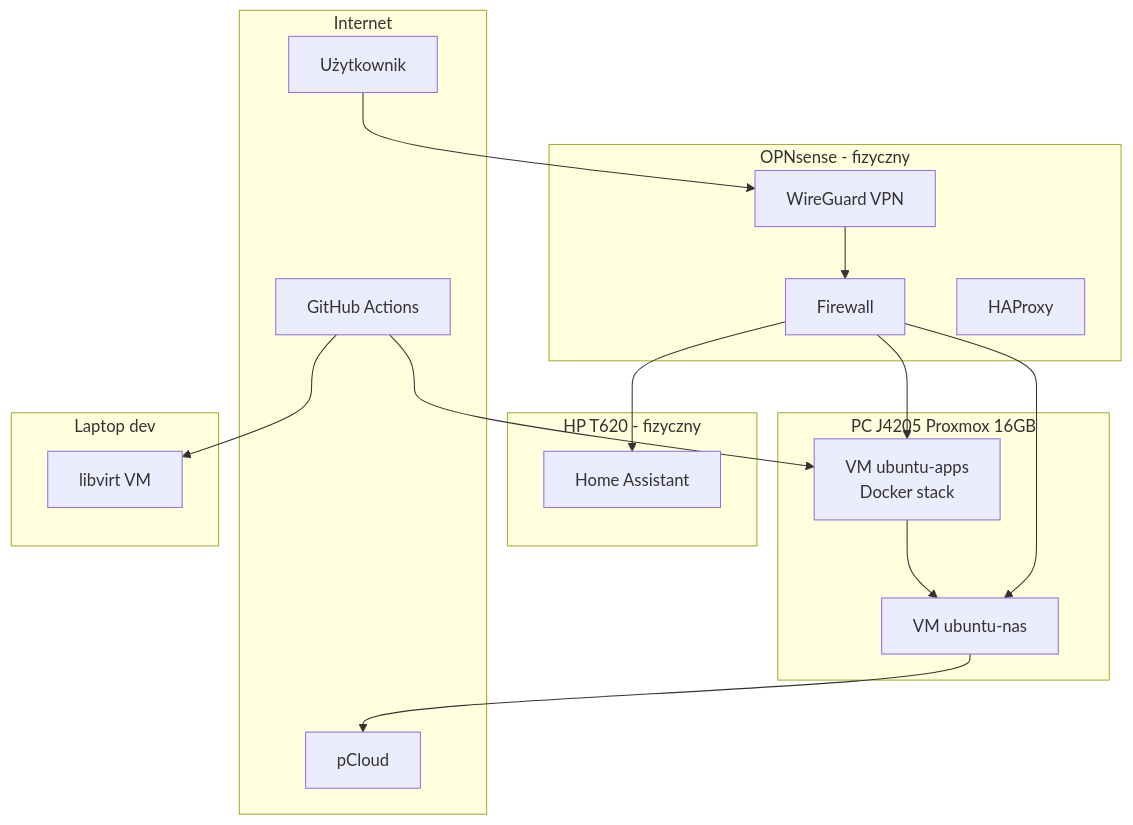
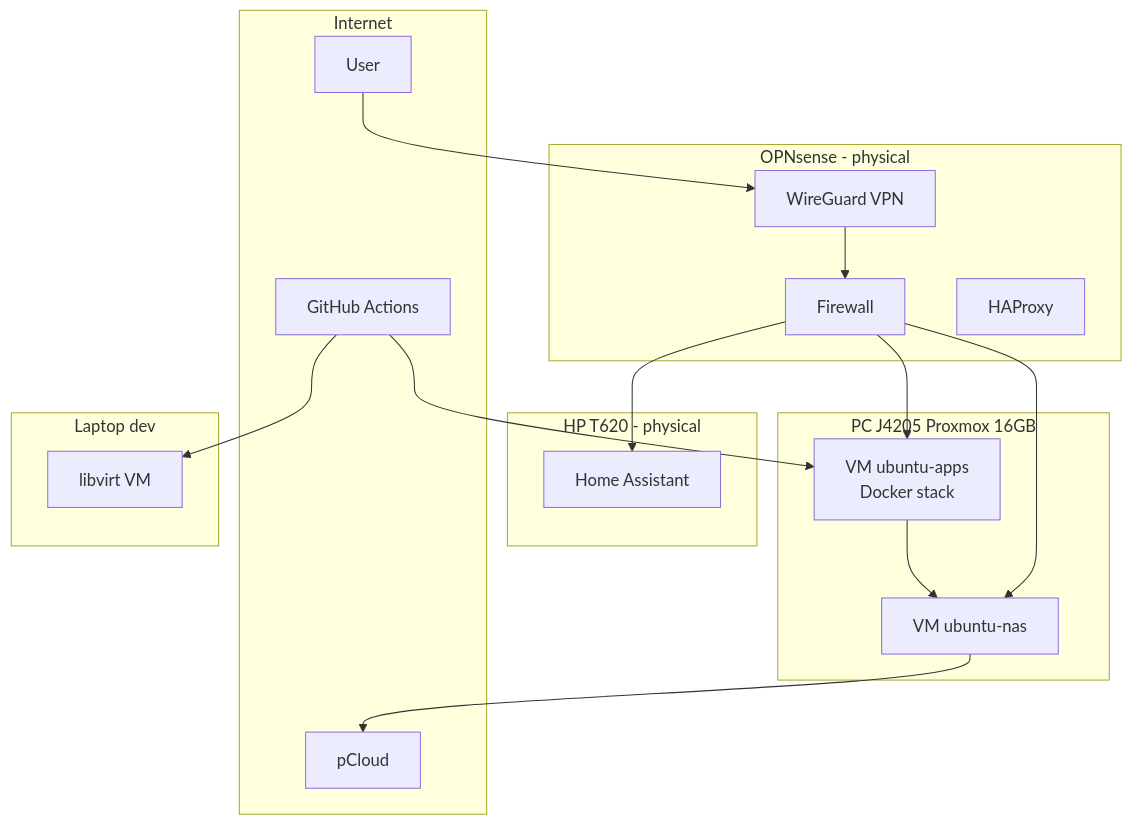
One commit to DaveKadziola/homelab changed the third of 3 diagrams in docs/plan/greenfield-notes.md. Above: the diagram before and after it, drawn with Mermaid. The commit also changed other lines of this file and 61 other files, not shown here.

````diff
--- a/docs/plan/greenfield-notes.md
+++ b/docs/plan/greenfield-notes.md
@@ -1232,37 +1231,37 @@
 ```mermaid
 flowchart TB
     subgraph wan [Internet]
-        User["Użytkownik"]
+        User["User"]
         GitHub["GitHub Actions"]
         PCloud["pCloud"]
     end
 
-    subgraph opn [OPNsense - fizyczny]
+    subgraph opn [OPNsense - physical]
         WG["WireGuard VPN"]
         FW["Firewall"]
         ProxyOPN["HAProxy"]
     end
 
-    subgraph hp [HP T620 - fizyczny]
+    subgraph hp [HP T620 - physical]
         HA["Home Assistant"]
     end
 
     subgraph pc [PC J4205 Proxmox 16GB]
         NASvm["VM ubuntu-nas"]
         AppsVM["VM ubuntu-apps<br/>Docker stack"]
     end
 
     subgraph dev [Laptop dev]
         DevVM["libvirt VM"]
     end
 
     User --> WG
     WG --> FW
     FW --> HA
     FW --> AppsVM
     FW --> NASvm
     AppsVM --> NASvm
     NASvm --> PCloud
     GitHub --> AppsVM
     GitHub --> DevVM
 ```
````
